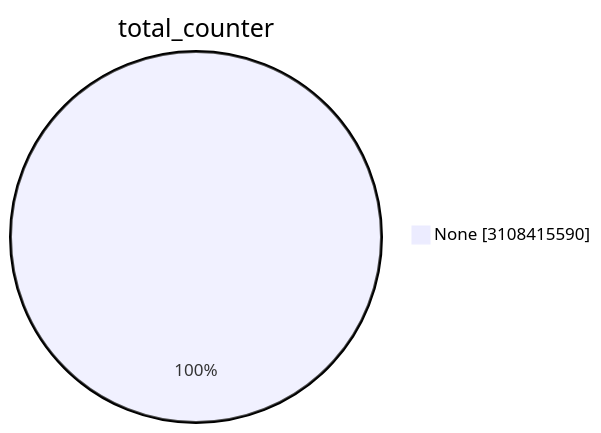
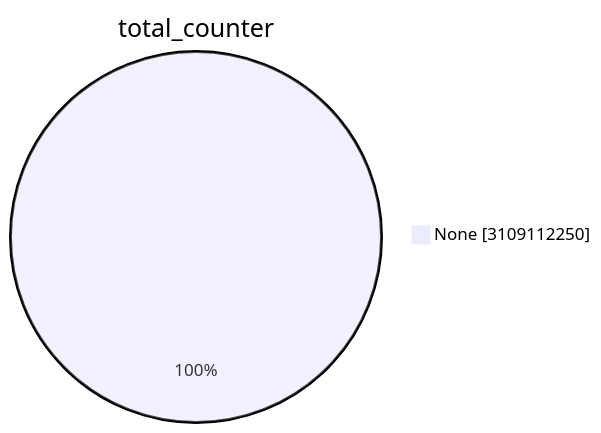
Before and after one commit to christiankrug/ctmonitor_visualization: the first of 15 diagrams in TOTAL/README.md, drawn with Mermaid. The commit also changed other lines of this file, not shown here.

````diff
--- a/TOTAL/README.md
+++ b/TOTAL/README.md
@@ -1,5 +1,5 @@
 ```mermaid
 pie showData
 title total_counter
-"None" :3108415590
+"None" :3109112250
 ```
````
